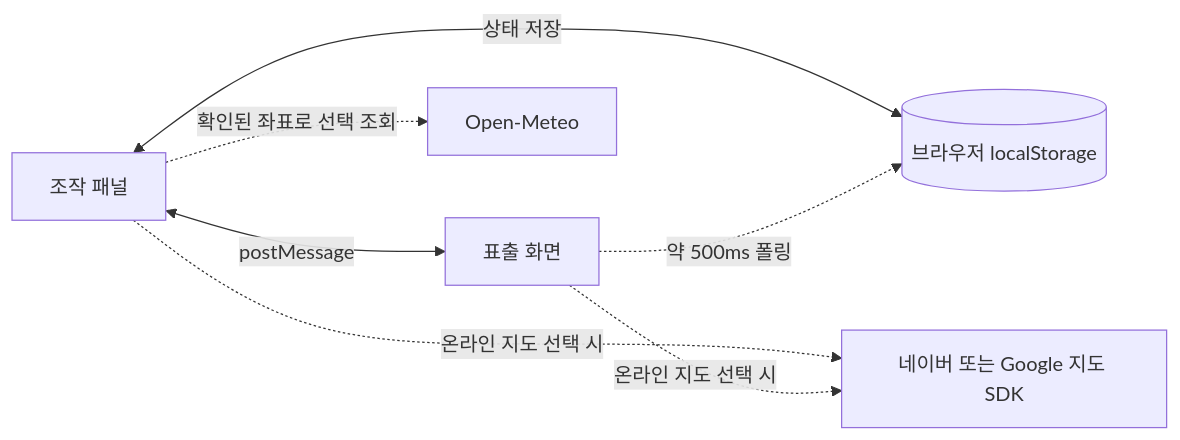
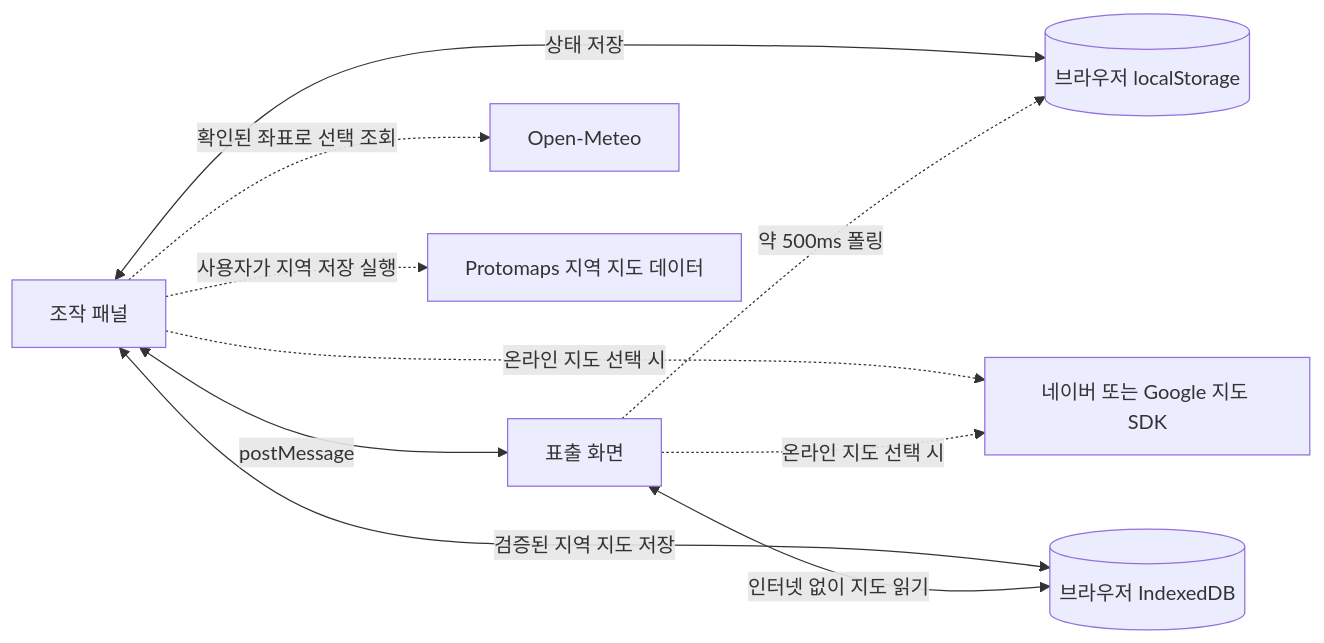
The diagram in README.md (MuyeongKim/stayup-dash), drawn with Mermaid before and after one commit. The commit also changed other lines of this file and 24 other files, not shown here.

````diff
--- a/README.md
+++ b/README.md
@@ -66,9 +67,12 @@
 ```mermaid
 flowchart LR
     OP[조작 패널] <-->|postMessage| DS[표출 화면]
     OP <-->|상태 저장| LS[(브라우저 localStorage)]
     DS -. 약 500ms 폴링 .-> LS
     OP -. 확인된 좌표로 선택 조회 .-> WX[Open-Meteo]
     OP -. 온라인 지도 선택 시 .-> MAP[네이버 또는 Google 지도 SDK]
     DS -. 온라인 지도 선택 시 .-> MAP
+    OP -. 사용자가 지역 저장 실행 .-> PM[Protomaps 지역 지도 데이터]
+    OP <-->|검증된 지역 지도 저장| IDB[(브라우저 IndexedDB)]
+    DS <-->|인터넷 없이 지도 읽기| IDB
 ```
````
